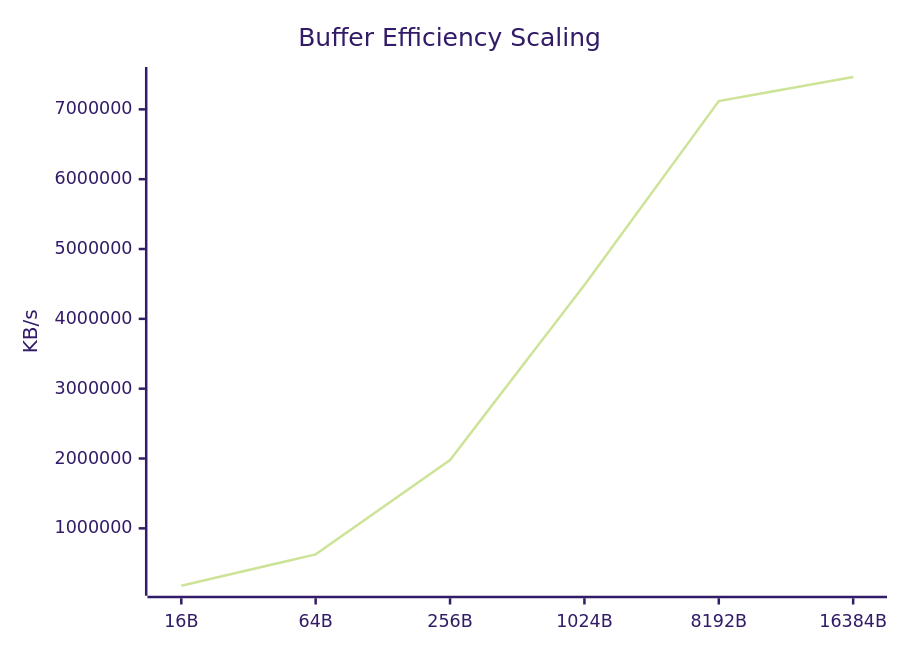
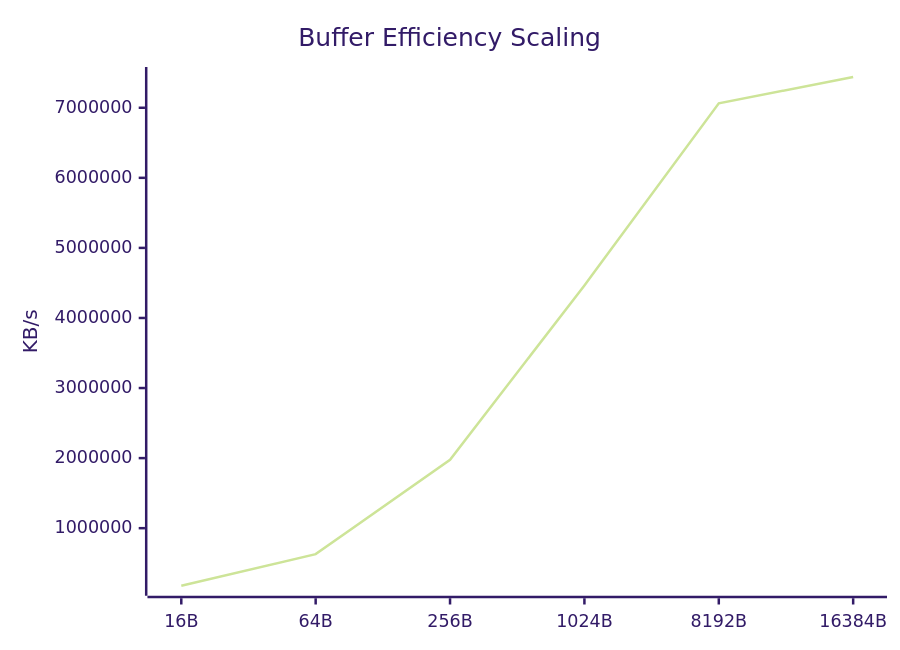
Before and after one commit to taha2samy/openssl_fips: the seventh of 9 diagrams in docs/Comparison_Report.md, drawn with Mermaid (forest theme). The commit also changed other lines of this file and 2 other files, not shown here.

````diff
--- a/docs/Comparison_Report.md
+++ b/docs/Comparison_Report.md
@@ -110,7 +110,7 @@
 ```mermaid
 xychart-beta
     title "Buffer Efficiency Scaling"
     x-axis [16B, 64B, 256B, 1024B, 8192B, 16384B]
     y-axis "KB/s"
-    line [177801.69, 627336.82, 1978573.18, 4483319.3, 7118364.67, 7463206.91]
+    line [178244.15, 629668.54, 1974579.84, 4464633.86, 7064014.85, 7439073.28]
 ```
````
